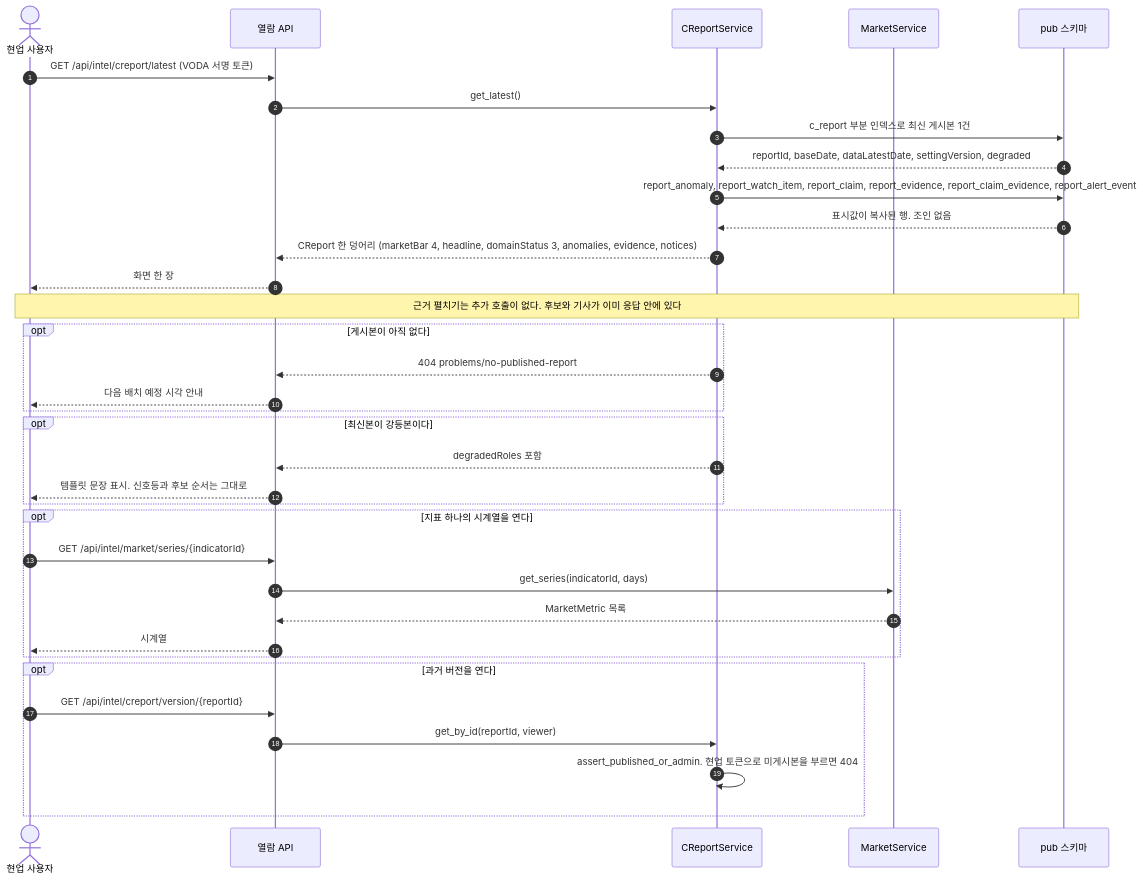
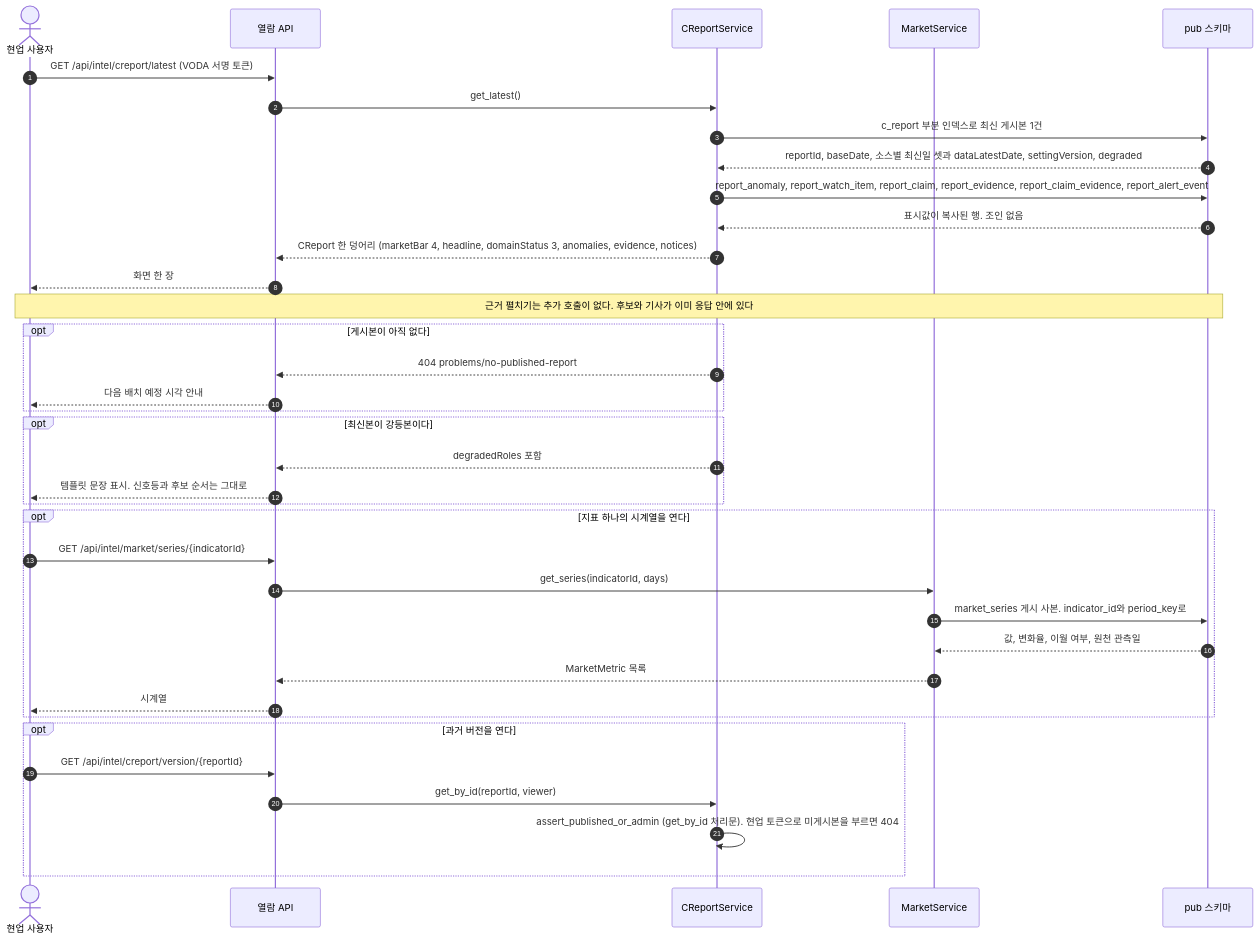
Before and after one commit to HoyoungParkme/tableau_platform: the first of 14 diagrams in docs/specs/09-SEQ/TBL-SEQ-001.md, drawn with Mermaid. The commit also changed other lines of this file, not shown here.

Commit message:
교차 검증 반영: A 리포트 열람 게시 사본 경로 확정(F1 닫음), 도메인 상태 신호등을 5단계 산출물로, notices와 소스별 최신일 게시, 백필 분기, 자기호출 라벨을 MS 이름에 맞춤, named_by=representativeArticle

````diff
--- a/docs/specs/09-SEQ/TBL-SEQ-001.md
+++ b/docs/specs/09-SEQ/TBL-SEQ-001.md
@@ -81,37 +81,39 @@
 ```mermaid
 sequenceDiagram
   autonumber
   actor H as 현업 사용자
   participant API as 열람 API
   participant CRS as CReportService
   participant MKT as MarketService
   participant DB_PUB as pub 스키마
   H->>API: GET /api/intel/creport/latest (VODA 서명 토큰)
   API->>CRS: get_latest()
   CRS->>DB_PUB: c_report 부분 인덱스로 최신 게시본 1건
-  DB_PUB-->>CRS: reportId, baseDate, dataLatestDate, settingVersion, degraded
+  DB_PUB-->>CRS: reportId, baseDate, 소스별 최신일 셋과 dataLatestDate, settingVersion, degraded
   CRS->>DB_PUB: report_anomaly, report_watch_item, report_claim, report_evidence, report_claim_evidence, report_alert_event
   DB_PUB-->>CRS: 표시값이 복사된 행. 조인 없음
   CRS-->>API: CReport 한 덩어리 (marketBar 4, headline, domainStatus 3, anomalies, evidence, notices)
   API-->>H: 화면 한 장
   Note over H,DB_PUB: 근거 펼치기는 추가 호출이 없다. 후보와 기사가 이미 응답 안에 있다
   opt 게시본이 아직 없다
     CRS-->>API: 404 problems/no-published-report
     API-->>H: 다음 배치 예정 시각 안내
   end
   opt 최신본이 강등본이다
     CRS-->>API: degradedRoles 포함
     API-->>H: 템플릿 문장 표시. 신호등과 후보 순서는 그대로
   end
   opt 지표 하나의 시계열을 연다
     H->>API: GET /api/intel/market/series/{indicatorId}
     API->>MKT: get_series(indicatorId, days)
+    MKT->>DB_PUB: market_series 게시 사본. indicator_id와 period_key로
+    DB_PUB-->>MKT: 값, 변화율, 이월 여부, 원천 관측일
     MKT-->>API: MarketMetric 목록
     API-->>H: 시계열
   end
   opt 과거 버전을 연다
     H->>API: GET /api/intel/creport/version/{reportId}
     API->>CRS: get_by_id(reportId, viewer)
-    CRS->>CRS: assert_published_or_admin. 현업 토큰으로 미게시본을 부르면 404
+    CRS->>CRS: assert_published_or_admin (get_by_id 처리문). 현업 토큰으로 미게시본을 부르면 404
   end
 ```
````
